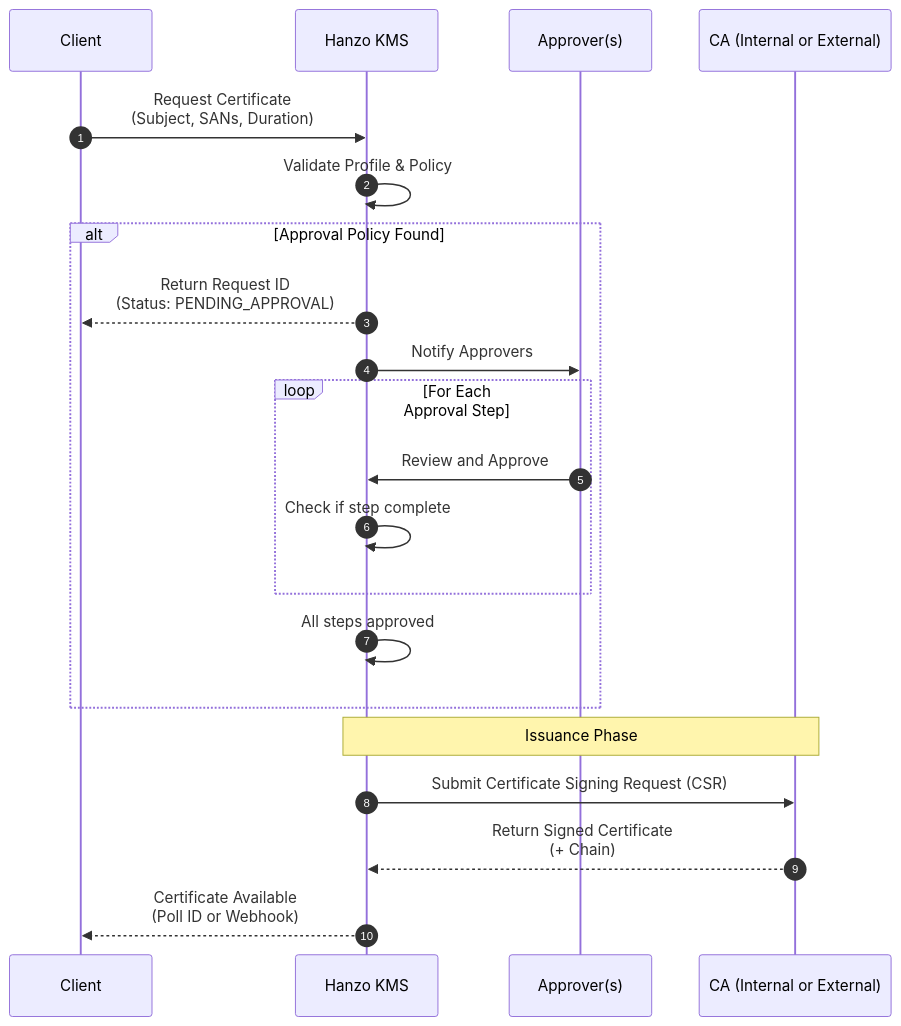
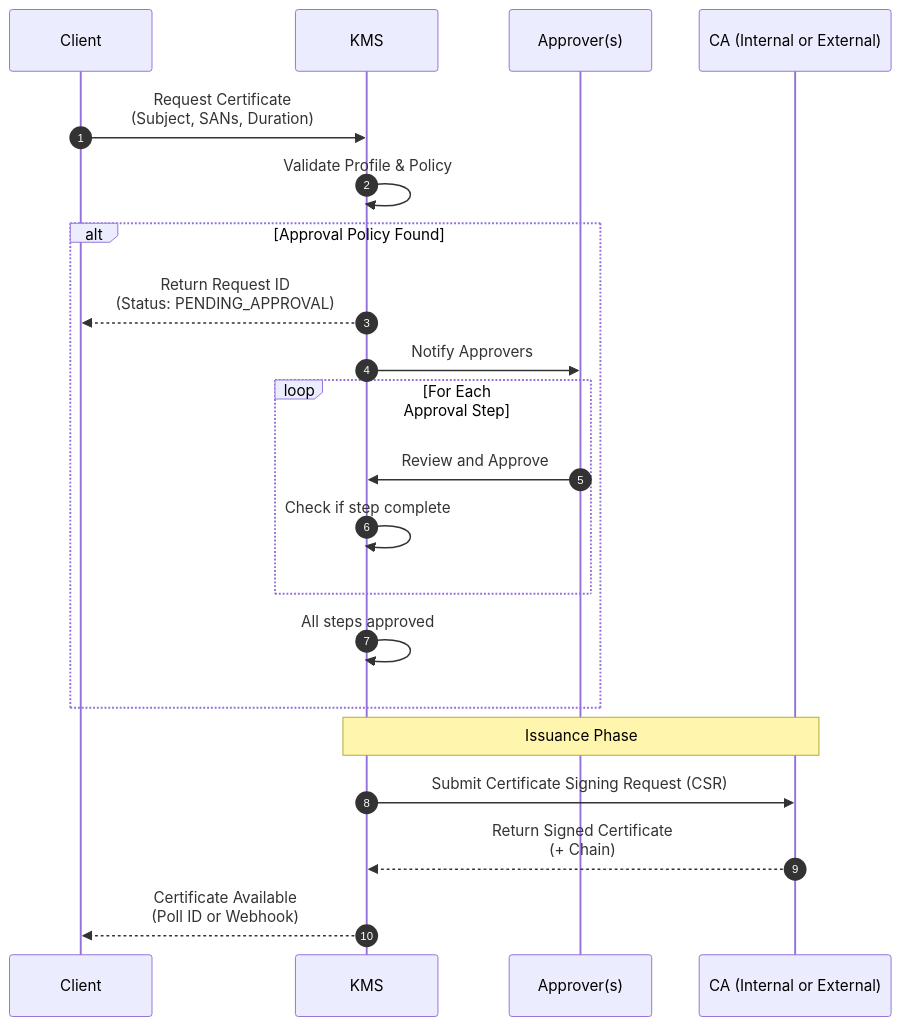
One commit to hanzoai/kms changed the diagram in docs/documentation/platform/pki/guides/certificate-approvals.mdx. Above: the diagram before and after it, drawn with Mermaid. The commit also changed 855 other files, not shown here.

````diff
--- a/docs/documentation/platform/pki/guides/certificate-approvals.mdx
+++ b/docs/documentation/platform/pki/guides/certificate-approvals.mdx
@@ -12,32 +12,32 @@
 ```mermaid
 sequenceDiagram
   autonumber
   participant Client as Client
-  participant Infis as Hanzo KMS
+  participant Infis as KMS
   participant Approver as Approver(s)
   participant CA as CA (Internal or External)
 
   Client->>Infis: Request Certificate<br/>(Subject, SANs, Duration)
 
   Infis->>Infis: Validate Profile & Policy
 
   alt Approval Policy Found
     Infis-->>Client: Return Request ID<br/>(Status: PENDING_APPROVAL)
 
     Infis->>Approver: Notify Approvers
 
     loop For Each Approval Step
       Approver->>Infis: Review and Approve
       Infis->>Infis: Check if step complete
     end
 
     Infis->>Infis: All steps approved
   end
 
   Note over Infis, CA: Issuance Phase
 
   Infis->>CA: Submit Certificate Signing Request (CSR)
   CA-->>Infis: Return Signed Certificate<br/>(+ Chain)
 
   Infis-->>Client: Certificate Available<br/>(Poll ID or Webhook)
 ```
````
